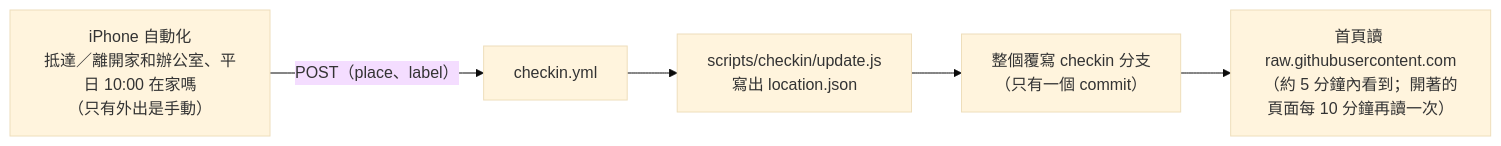
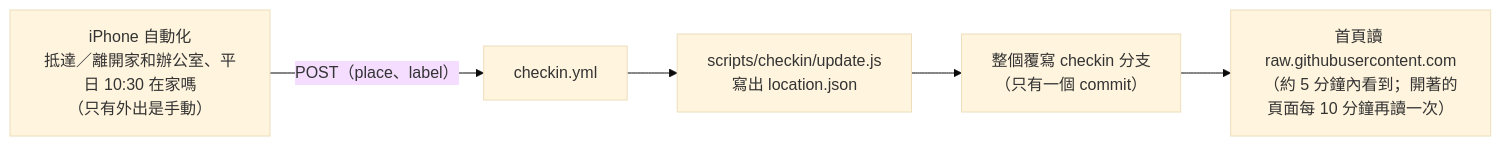
One commit to laiyenju/laiyenju.github.io changed the fourth of 4 diagrams in README.md. Above: the diagram before and after it, drawn with Mermaid (base theme). The commit also changed other lines of this file, not shown here.

````diff
--- a/README.md
+++ b/README.md
@@ -243,7 +243,7 @@
 ```mermaid
 flowchart LR
-  A["iPhone 自動化<br/>抵達／離開家和辦公室、平日 10:00 在家嗎<br/>（只有外出是手動）"] -- "POST（place、label）" --> W["checkin.yml"]
+  A["iPhone 自動化<br/>抵達／離開家和辦公室、平日 10:30 在家嗎<br/>（只有外出是手動）"] -- "POST（place、label）" --> W["checkin.yml"]
   W --> U["scripts/checkin/update.js<br/>寫出 location.json"]
   U --> B["整個覆寫 checkin 分支<br/>（只有一個 commit）"]
   B --> H["首頁讀 raw.githubusercontent.com<br/>（約 5 分鐘內看到；開著的頁面每 10 分鐘再讀一次）"]
 ```
````
